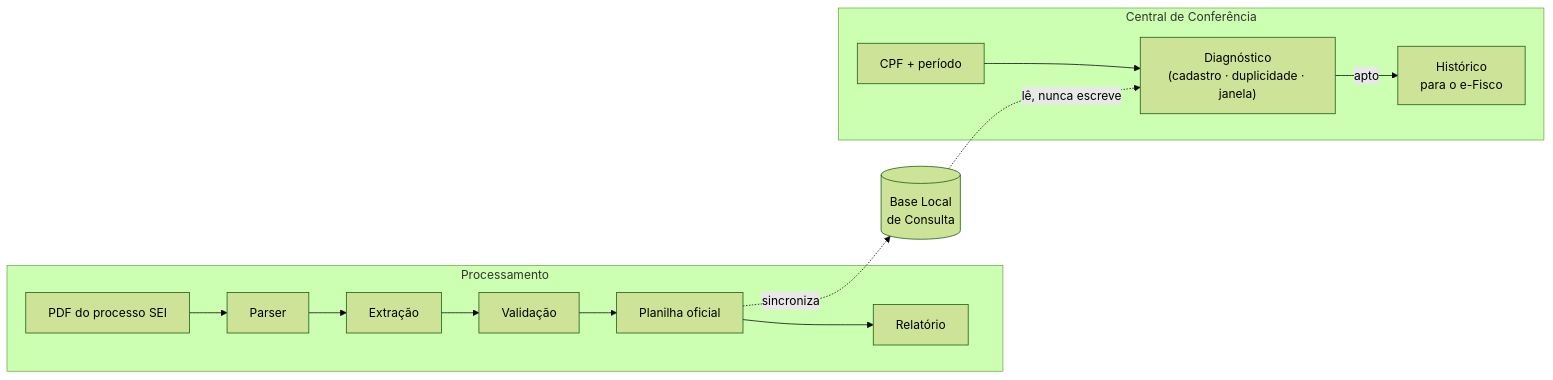
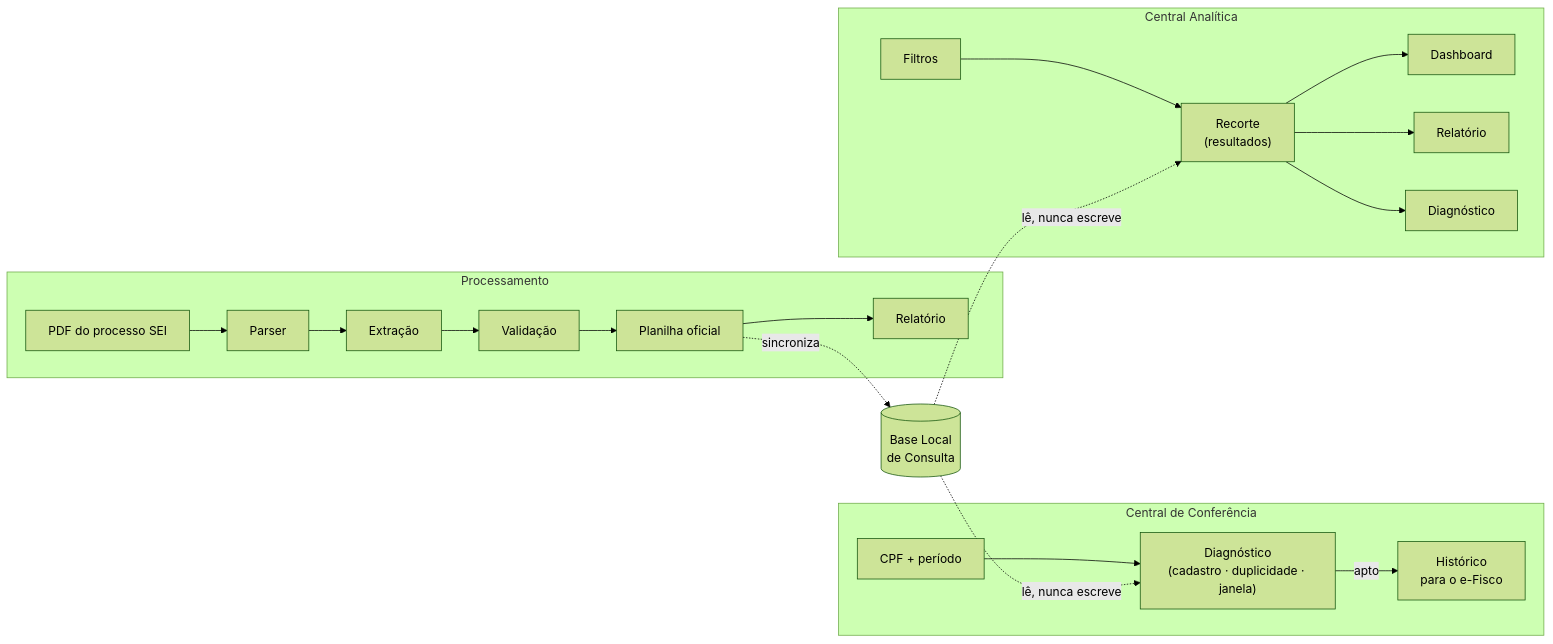
One commit to vini-c-m/ExtratorDiarias changed the diagram in README.md. Above: the diagram before and after it, drawn with Mermaid (forest theme). The commit also changed other lines of this file and 162 other files, not shown here.

````diff
--- a/README.md
+++ b/README.md
@@ -106,16 +123,23 @@
 ```mermaid
 flowchart LR
     subgraph Processamento
         A["PDF do processo SEI"] --> B["Parser"]
         B --> C["Extração"]
         C --> D["Validação"]
         D --> E["Planilha oficial"]
         E --> F["Relatório"]
     end
     E -.->|sincroniza| G[("Base Local\nde Consulta")]
     subgraph "Central de Conferência"
         H["CPF + período"] --> I["Diagnóstico\n(cadastro · duplicidade · janela)"]
         I -->|apto| J["Histórico\npara o e-Fisco"]
     end
     G -.->|lê, nunca escreve| I
+    subgraph "Central Analítica"
+        K["Filtros"] --> L["Recorte\n(resultados)"]
+        L --> M["Dashboard"]
+        L --> N["Relatório"]
+        L --> O["Diagnóstico"]
+    end
+    G -.->|lê, nunca escreve| L
 ```
````
